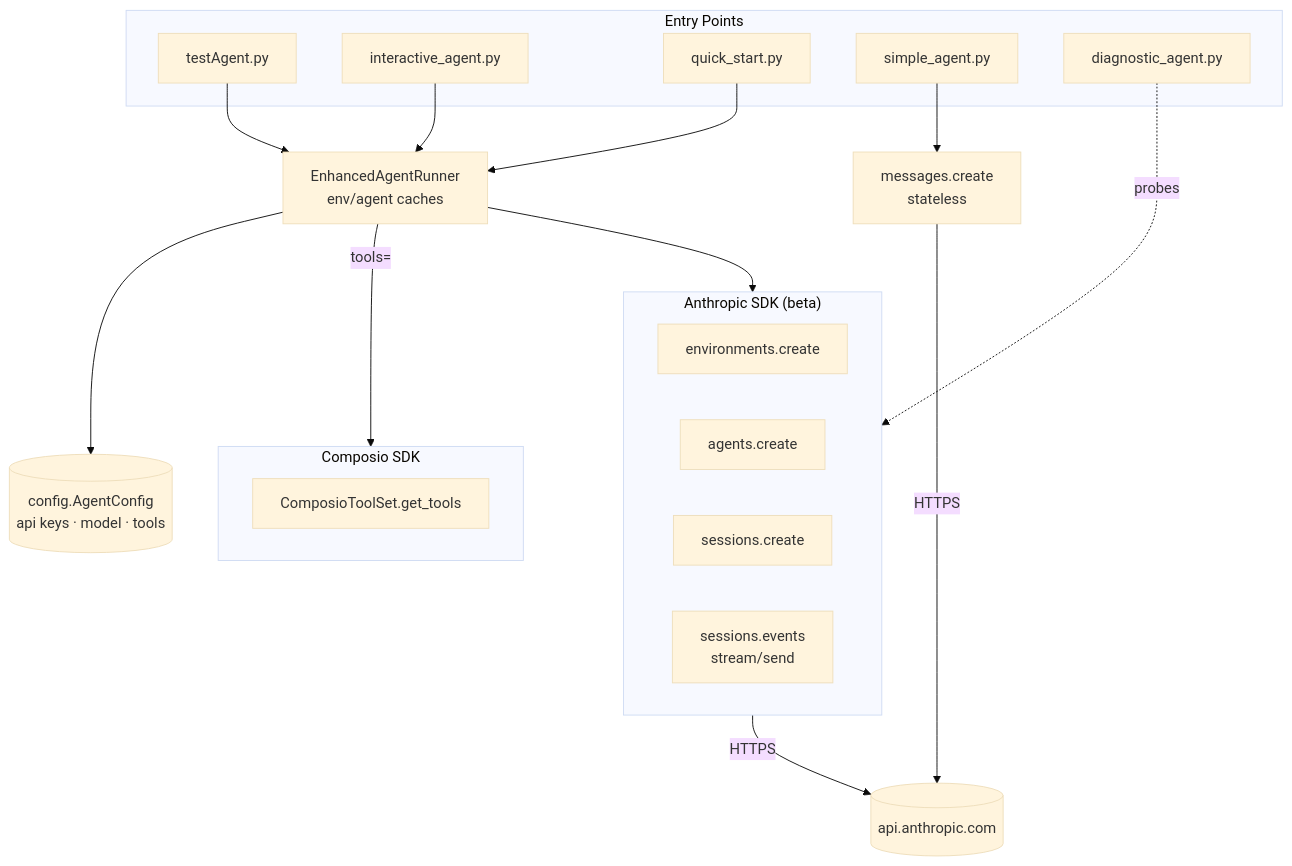
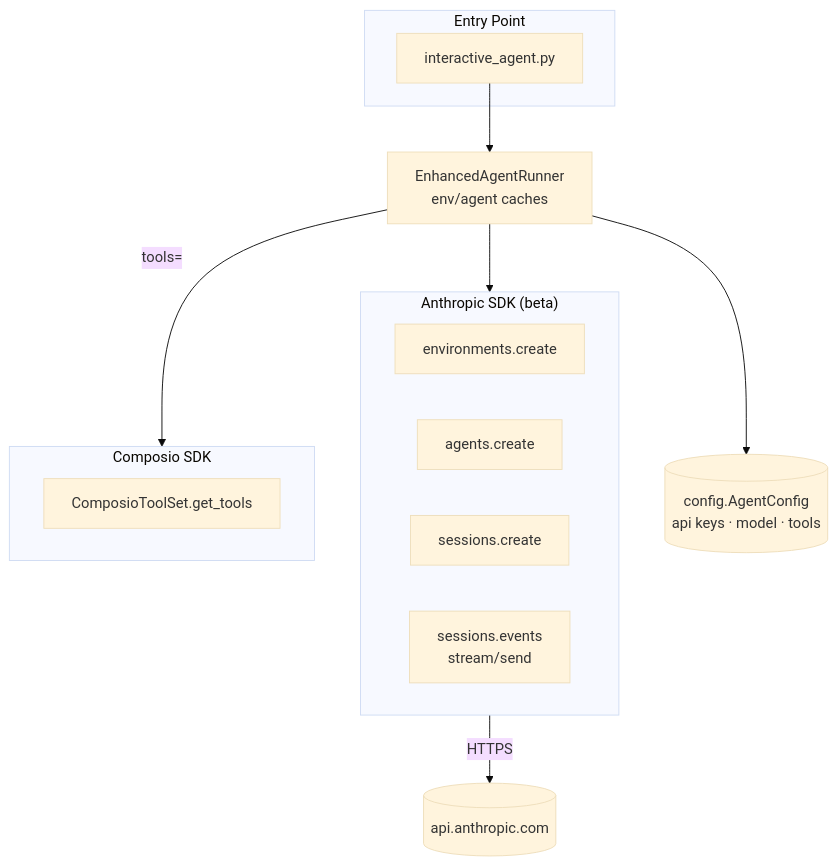
The diagram in AgentConfig/ARCHITECTURE.md (iibrahimsv/polaris), drawn with Mermaid (base theme) before and after one commit. The commit also changed other lines of this file and 6 other files, not shown here.

````diff
--- a/AgentConfig/ARCHITECTURE.md
+++ b/AgentConfig/ARCHITECTURE.md
@@ -89,39 +85,28 @@
 ```mermaid
 flowchart TD
-    subgraph Entry["Entry Points"]
-        TEST[testAgent.py]
+    subgraph Entry["Entry Point"]
         REPL[interactive_agent.py]
-        QS[quick_start.py]
-        SIMPLE[simple_agent.py]
-        DIAG[diagnostic_agent.py]
     end
 
     CONFIG[(config.AgentConfig<br/>api keys · model · tools)]
     RUNNER[EnhancedAgentRunner<br/>env/agent caches]
 
-    TEST --> RUNNER
     REPL --> RUNNER
-    QS --> RUNNER
-    DIAG -.probes.-> ANTH
-    SIMPLE --> MSG
 
     RUNNER --> CONFIG
     RUNNER -->|tools=| COMPOSIO
     RUNNER --> ANTH
 
     subgraph ANTH["Anthropic SDK (beta)"]
         ENV[environments.create]
         AG[agents.create]
         SESS[sessions.create]
         EV[sessions.events<br/>stream/send]
     end
 
-    MSG[messages.create<br/>stateless]
-
     subgraph COMPOSIO["Composio SDK"]
         CT[ComposioToolSet.get_tools]
     end
 
     ANTH -->|HTTPS| API[(api.anthropic.com)]
-    MSG -->|HTTPS| API
 ```
````
